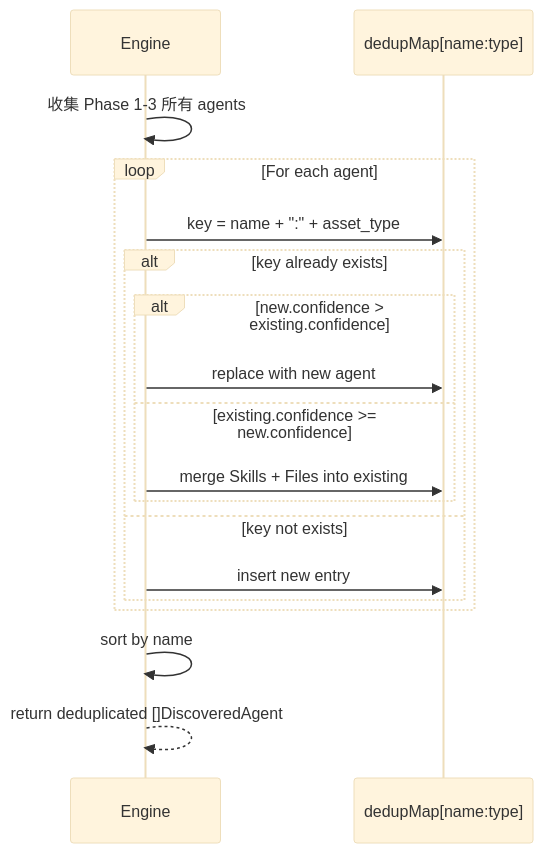
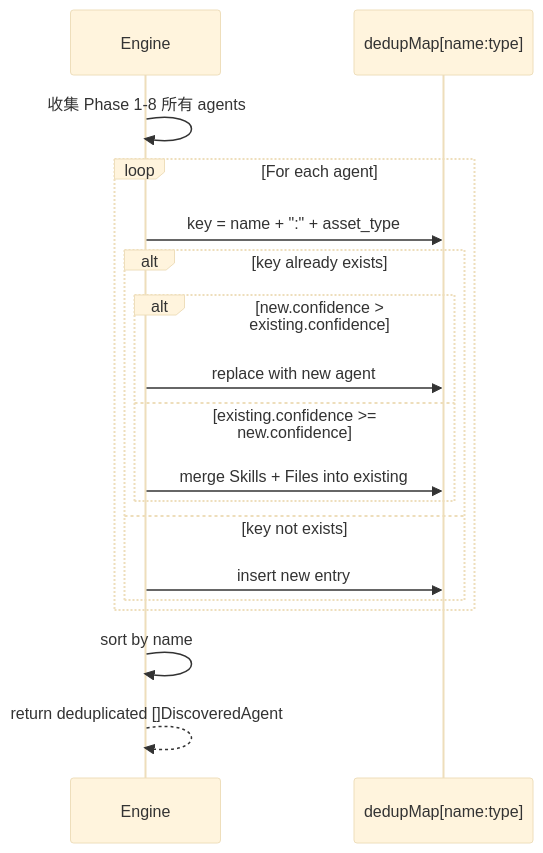
One commit to zhanglimao/ai-asset-discovery changed the third of 4 diagrams in docs/architecture.md. Above: the diagram before and after it, drawn with Mermaid (base theme). The commit also changed other lines of this file and 2 other files, not shown here.

````diff
--- a/docs/architecture.md
+++ b/docs/architecture.md
@@ -472,21 +510,21 @@
 ```mermaid
 sequenceDiagram
     participant E as Engine
     participant Map as dedupMap[name:type]
 
-    E->>E: 收集 Phase 1-3 所有 agents
+    E->>E: 收集 Phase 1-8 所有 agents
     loop For each agent
         E->>Map: key = name + ":" + asset_type
         alt key already exists
             alt new.confidence > existing.confidence
                 E->>Map: replace with new agent
             else existing.confidence >= new.confidence
                 E->>Map: merge Skills + Files into existing
             end
         else key not exists
             E->>Map: insert new entry
         end
     end
     E->>E: sort by name
     E-->>E: return deduplicated []DiscoveredAgent
 ```
````
